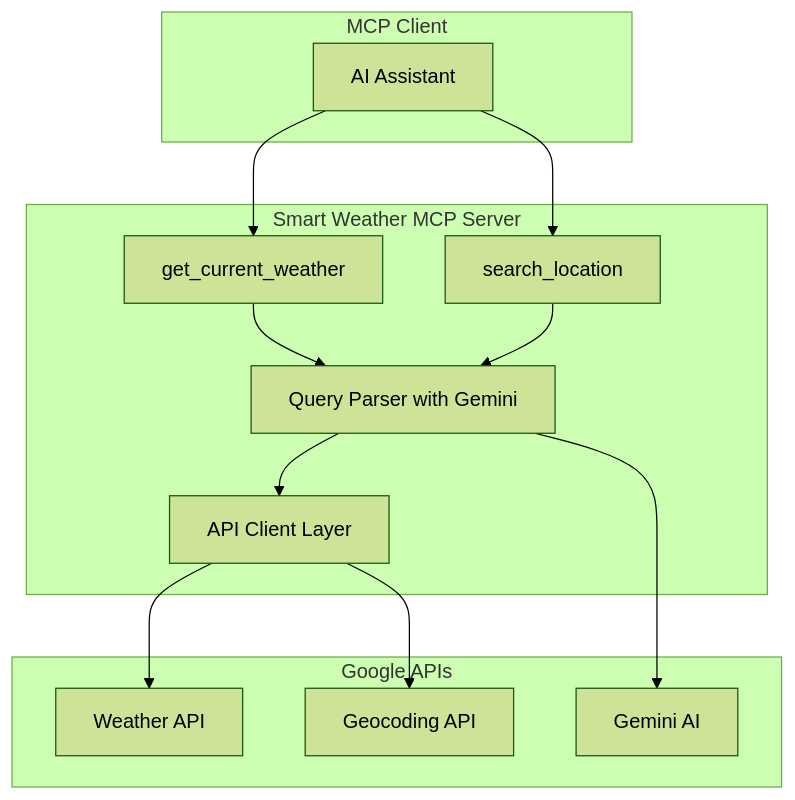
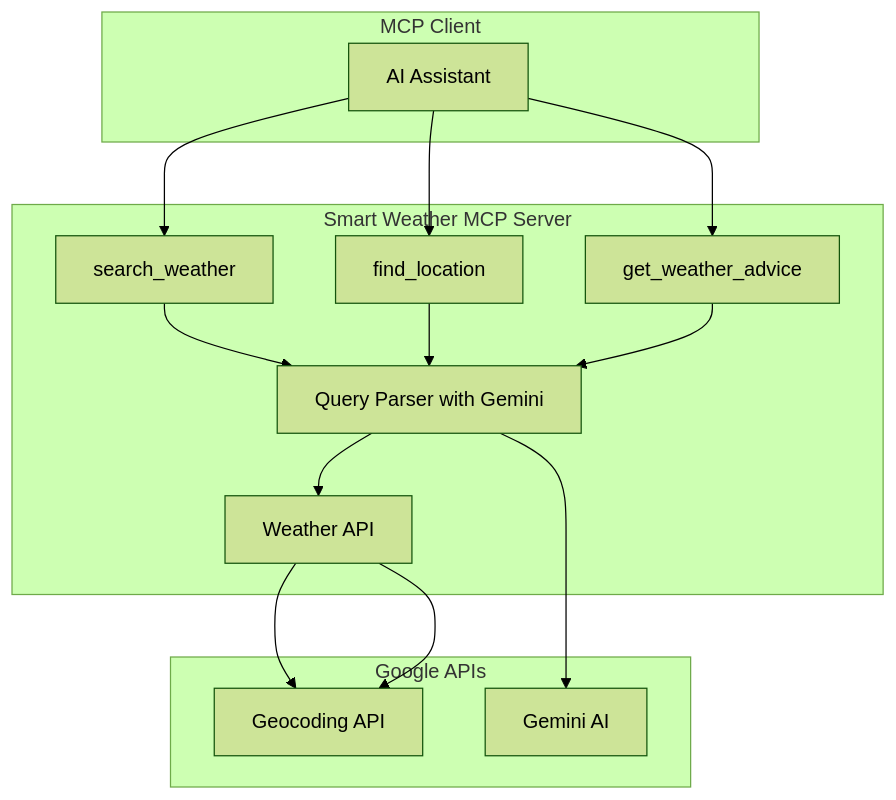
The sixth of 17 diagrams in prd.md (lis186/smart-weather-mcp-server), drawn with Mermaid (forest theme) before and after one commit. The commit also changed other lines of this file and 4 other files, not shown here.

````diff
--- a/prd.md
+++ b/prd.md
@@ -429,28 +429,31 @@
 ```mermaid
 graph TB
     subgraph "MCP Client"
         A[AI Assistant]
     end
     
     subgraph "Smart Weather MCP Server"
-        B[get_current_weather]
-        C[search_location]
-        D[Query Parser with Gemini]
-        E[API Client Layer]
+        B[search_weather]
+        C[find_location]
+        D[get_weather_advice]
+        E[Query Parser with Gemini]
+        F[API Client Layer]
     end
     
     subgraph "Google APIs"
         F[Weather API]
         G[Geocoding API]
         H[Gemini AI]
     end
     
     A --> B
     A --> C
-    B --> D
-    C --> D
-    D --> H
+    A --> D
+    B --> E
+    C --> E
     D --> E
+    E --> H
     E --> F
-    E --> G
+    F --> G
+    F --> G
 ```
````
